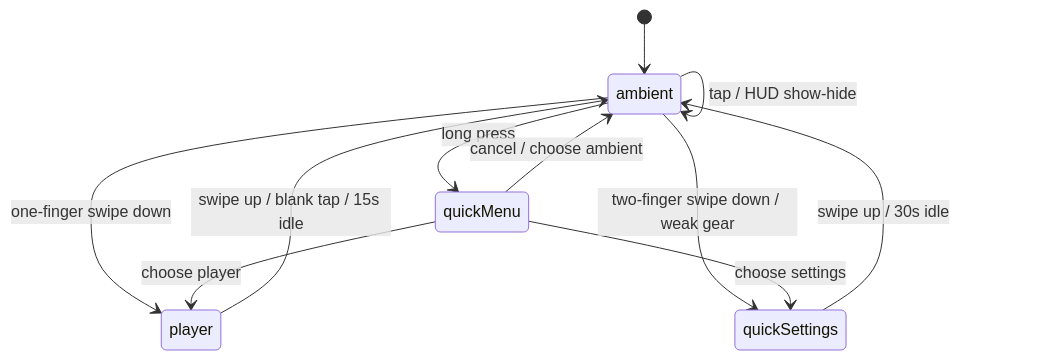
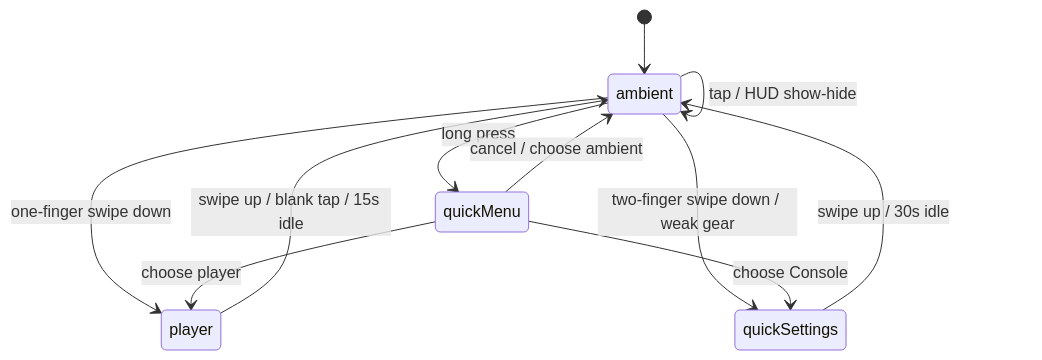
The diagram in docs/01-ux/interaction-and-state-model-v1.md (jiayouchongmingniao/tikpal), drawn with Mermaid before and after one commit. The commit also changed other lines of this file and 28 other files, not shown here.

````diff
--- a/docs/01-ux/interaction-and-state-model-v1.md
+++ b/docs/01-ux/interaction-and-state-model-v1.md
@@ -70,13 +70,13 @@
 ```mermaid
 stateDiagram-v2
   [*] --> ambient
   ambient --> player: one-finger swipe down
   ambient --> quickSettings: two-finger swipe down / weak gear
   ambient --> quickMenu: long press
   ambient --> ambient: tap / HUD show-hide
   player --> ambient: swipe up / blank tap / 15s idle
   quickSettings --> ambient: swipe up / 30s idle
   quickMenu --> player: choose player
-  quickMenu --> quickSettings: choose settings
+  quickMenu --> quickSettings: choose Console
   quickMenu --> ambient: cancel / choose ambient
 ```
````
